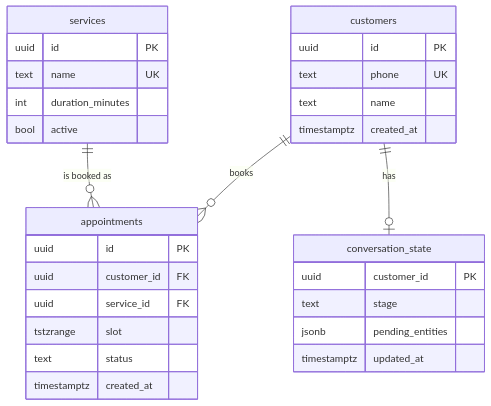
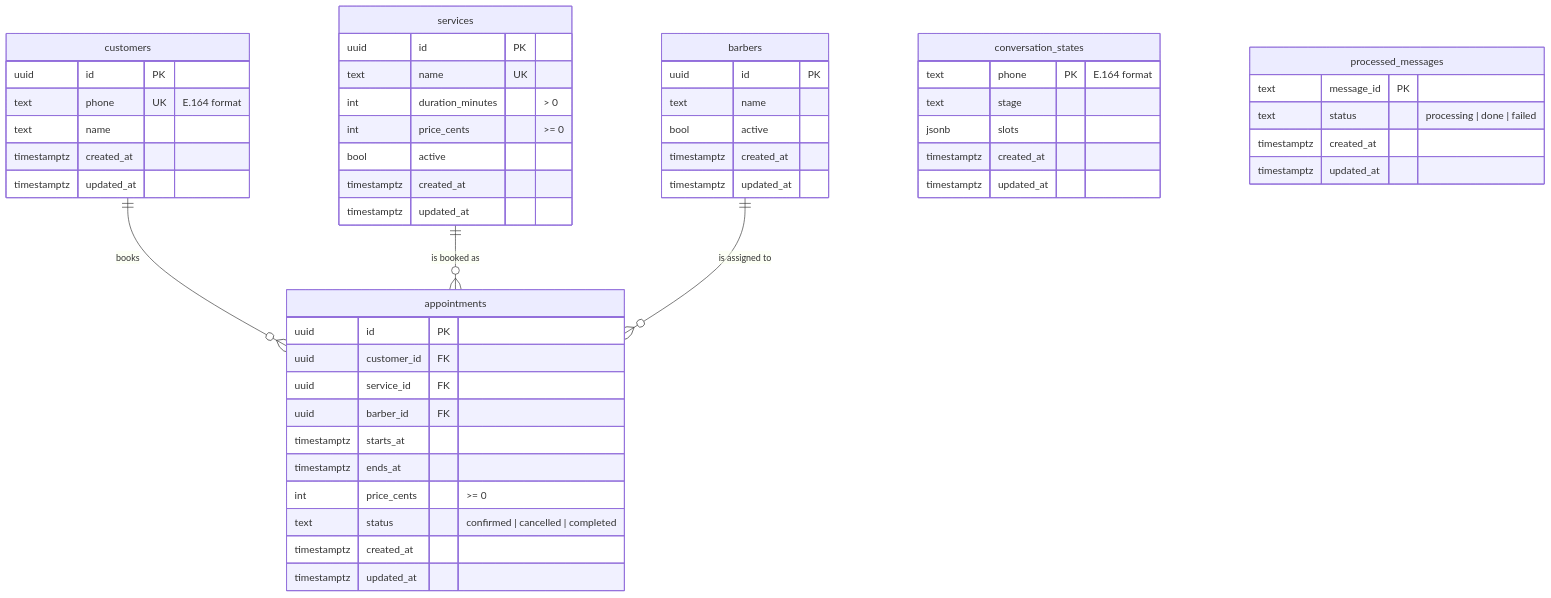
The second of 2 diagrams in docs/design-doc.md (Renan-Maciel-Santos/booking-agent), drawn with Mermaid before and after one commit. The commit also changed other lines of this file and 1 other file, not shown here.

````diff
--- a/docs/design-doc.md
+++ b/docs/design-doc.md
@@ -70,32 +70,54 @@
 ```mermaid
 erDiagram
     customers ||--o{ appointments : books
     services ||--o{ appointments : "is booked as"
-    customers ||--o| conversation_state : has
+    barbers ||--o{ appointments : "is assigned to"
     customers {
         uuid id PK
-        text phone UK
+        text phone UK "E.164 format"
         text name
         timestamptz created_at
+        timestamptz updated_at
     }
     services {
         uuid id PK
         text name UK
-        int duration_minutes
+        int duration_minutes "> 0"
+        int price_cents ">= 0"
         bool active
+        timestamptz created_at
+        timestamptz updated_at
+    }
+    barbers {
+        uuid id PK
+        text name
+        bool active
+        timestamptz created_at
+        timestamptz updated_at
     }
     appointments {
         uuid id PK
         uuid customer_id FK
         uuid service_id FK
-        tstzrange slot
-        text status
+        uuid barber_id FK
+        timestamptz starts_at
+        timestamptz ends_at
+        int price_cents ">= 0"
+        text status "confirmed | cancelled | completed"
         timestamptz created_at
+        timestamptz updated_at
     }
-    conversation_state {
-        uuid customer_id PK
+    conversation_states {
+        text phone PK "E.164 format"
         text stage
-        jsonb pending_entities
+        jsonb slots
+        timestamptz created_at
+        timestamptz updated_at
+    }
+    processed_messages {
+        text message_id PK
+        text status "processing | done | failed"
+        timestamptz created_at
         timestamptz updated_at
     }
 ```
````
